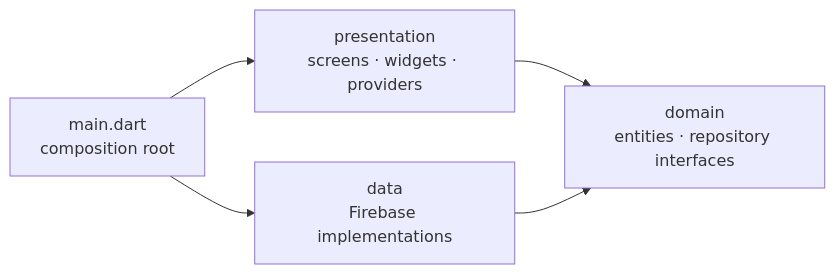
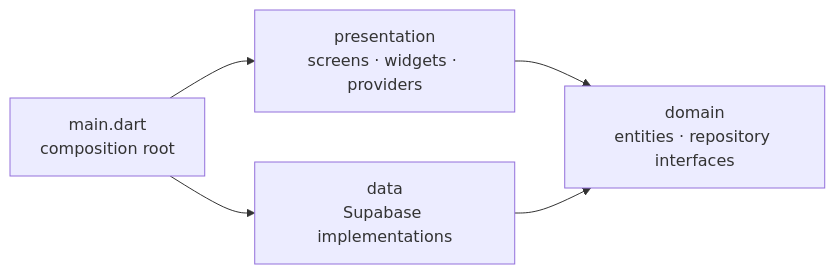
One commit to Marzouki-Sami/campus-companion-app changed the diagram in README.md. Above: the diagram before and after it, drawn with Mermaid. The commit also changed other lines of this file and 2 other files, not shown here.

First line of the commit message:
docs: Supabase setup, security model, and one-command local setup

````diff
--- a/README.md
+++ b/README.md
@@ -52,7 +52,7 @@
 ```mermaid
 flowchart LR
     UI["presentation<br/>screens · widgets · providers"] --> Domain["domain<br/>entities · repository interfaces"]
-    Data["data<br/>Firebase implementations"] --> Domain
+    Data["data<br/>Supabase implementations"] --> Domain
     Main["main.dart<br/>composition root"] --> UI
     Main --> Data
 ```
````
